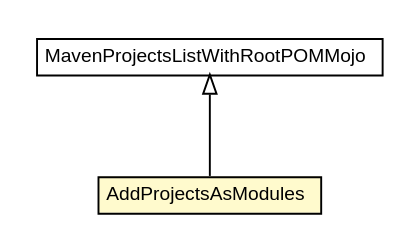
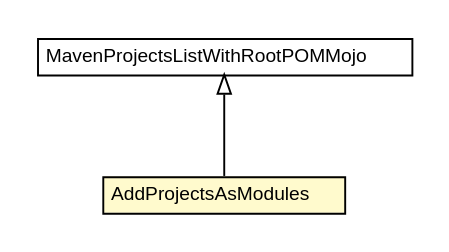
The diagram in bw-maven-plugin/apidocs/fr/fastconnect/factory/tibco/bw/maven/source/AddProjectsAsModules.dot (fastconnect/tibco-factory), drawn with Graphviz before and after one commit. The commit also changed 380 other files, not shown here.

```diff
--- a/bw-maven-plugin/apidocs/fr/fastconnect/factory/tibco/bw/maven/source/AddProjectsAsModules.dot
+++ b/bw-maven-plugin/apidocs/fr/fastconnect/factory/tibco/bw/maven/source/AddProjectsAsModules.dot
@@ -1,26 +1,26 @@
 #!/usr/local/bin/dot
 #
 # Class diagram 
 # Generated by UMLGraph version R5_6-24-gf6e263 (http://www.umlgraph.org/)
 #
 
 digraph G {
-	edge [fontname="arial",fontsize=10,labelfontname="arial",labelfontsize=10];
-	node [fontname="arial",fontsize=10,shape=plaintext];
+	edge [fontname="Helvetica",fontsize=10,labelfontname="Helvetica",labelfontsize=10];
+	node [fontname="Helvetica",fontsize=10,shape=plaintext];
 	nodesep=0.25;
 	ranksep=0.5;
+	// fr.fastconnect.factory.tibco.bw.maven.source.AddProjectsAsModules
+	c1349 [label=<<table title="fr.fastconnect.factory.tibco.bw.maven.source.AddProjectsAsModules" border="0" cellborder="1" cellspacing="0" cellpadding="2" port="p" bgcolor="lemonChiffon" href="./AddProjectsAsModules.html">
+		<tr><td><table border="0" cellspacing="0" cellpadding="1">
+<tr><td align="center" balign="center"> AddProjectsAsModules </td></tr>
+		</table></td></tr>
+		</table>>, URL="./AddProjectsAsModules.html", fontname="Helvetica", fontcolor="black", fontsize=10.0];
 	// fr.fastconnect.factory.tibco.bw.maven.source.MavenProjectsListWithRootPOMMojo
-	c1350 [label=<<table title="fr.fastconnect.factory.tibco.bw.maven.source.MavenProjectsListWithRootPOMMojo" border="0" cellborder="1" cellspacing="0" cellpadding="2" port="p" href="./MavenProjectsListWithRootPOMMojo.html">
+	c1353 [label=<<table title="fr.fastconnect.factory.tibco.bw.maven.source.MavenProjectsListWithRootPOMMojo" border="0" cellborder="1" cellspacing="0" cellpadding="2" port="p" href="./MavenProjectsListWithRootPOMMojo.html">
 		<tr><td><table border="0" cellspacing="0" cellpadding="1">
 <tr><td align="center" balign="center"> MavenProjectsListWithRootPOMMojo </td></tr>
 		</table></td></tr>
-		</table>>, URL="./MavenProjectsListWithRootPOMMojo.html", fontname="arial", fontcolor="black", fontsize=10.0];
-	// fr.fastconnect.factory.tibco.bw.maven.source.AddProjectsAsModules
-	c1357 [label=<<table title="fr.fastconnect.factory.tibco.bw.maven.source.AddProjectsAsModules" border="0" cellborder="1" cellspacing="0" cellpadding="2" port="p" bgcolor="lemonChiffon" href="./AddProjectsAsModules.html">
-		<tr><td><table border="0" cellspacing="0" cellpadding="1">
-<tr><td align="center" balign="center"> AddProjectsAsModules </td></tr>
-		</table></td></tr>
-		</table>>, URL="./AddProjectsAsModules.html", fontname="arial", fontcolor="black", fontsize=10.0];
+		</table>>, URL="./MavenProjectsListWithRootPOMMojo.html", fontname="Helvetica", fontcolor="black", fontsize=10.0];
 	//fr.fastconnect.factory.tibco.bw.maven.source.AddProjectsAsModules extends fr.fastconnect.factory.tibco.bw.maven.source.MavenProjectsListWithRootPOMMojo
-	c1350:p -> c1357:p [dir=back,arrowtail=empty];
+	c1353:p -> c1349:p [dir=back,arrowtail=empty];
 }
```
